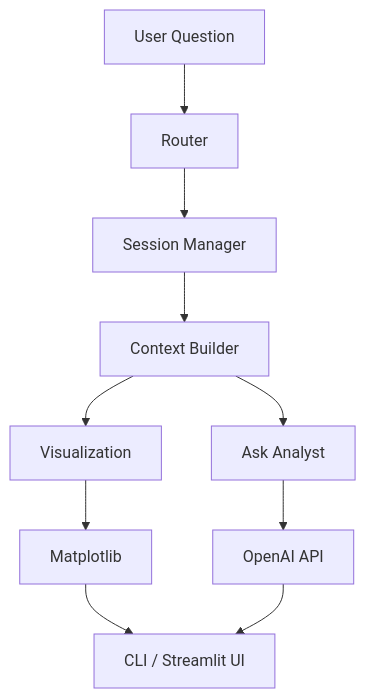
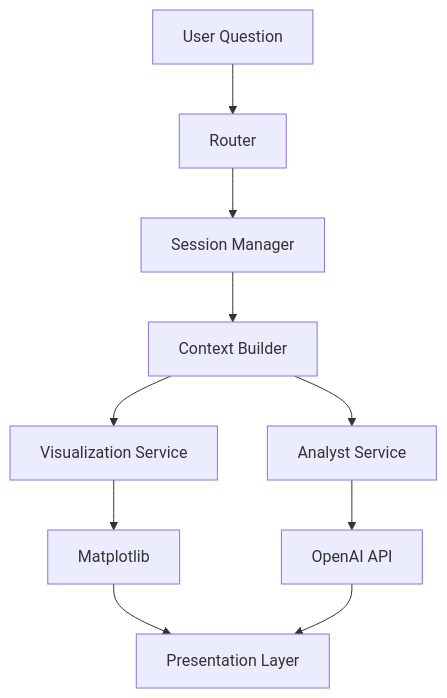
Before and after one commit to drekicks/marketing_analytics: the second of 2 diagrams in README.md, drawn with Mermaid. The commit also changed other lines of this file and 1 other file, not shown here.

````diff
--- a/README.md
+++ b/README.md
@@ -58,30 +62,30 @@
 ```mermaid
 flowchart TD
 
     A[User Question]
 
     B[Router]
     C[Session Manager]
     D[Context Builder]
 
-    E[Visualization]
-    F[Ask Analyst]
+    E[Visualization Service]
+    F[Analyst Service]
 
     G[Matplotlib]
     H[OpenAI API]
 
-    I[CLI / Streamlit UI]
+    I[Presentation Layer]
 
     A --> B
     B --> C
     C --> D
 
     D --> E
     D --> F
 
     E --> G
     F --> H
 
     G --> I
     H --> I
 ```
````
